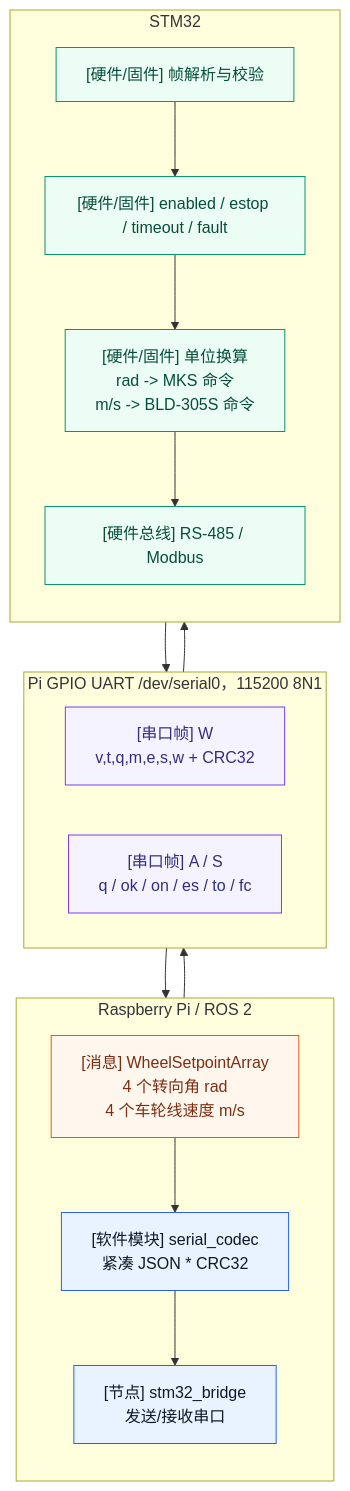
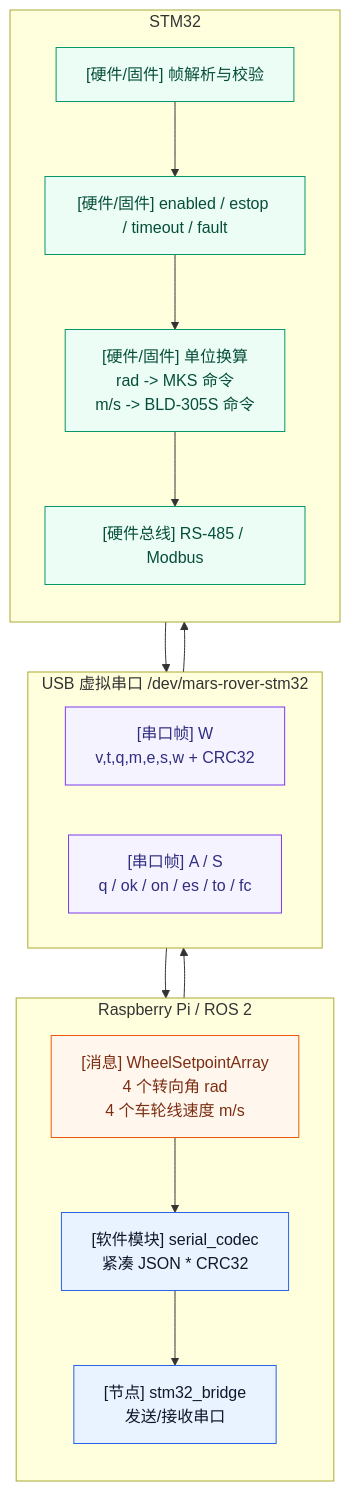
Before and after one commit to lixiang-moss/rover: the sixth of 7 diagrams in docs/ROS2架构与节点关系图.md, drawn with Mermaid. The commit also changed other lines of this file and 46 other files, not shown here.

````diff
--- a/docs/ROS2架构与节点关系图.md
+++ b/docs/ROS2架构与节点关系图.md
@@ -312,38 +327,38 @@
 ```mermaid
 flowchart TB
     subgraph Pi["Raspberry Pi / ROS 2"]
         direction TB
         Setpoints["[消息] WheelSetpointArray\n4 个转向角 rad\n4 个车轮线速度 m/s"]
         Codec["[软件模块] serial_codec\n紧凑 JSON * CRC32"]
         Bridge["[节点] stm32_bridge\n发送/接收串口"]
         Setpoints --> Codec --> Bridge
     end
 
-    subgraph Wire["Pi GPIO UART /dev/serial0，115200 8N1"]
+    subgraph Wire["USB 虚拟串口 /dev/mars-rover-stm32"]
         direction LR
         Tx["[串口帧] W\nv,t,q,m,e,s,w + CRC32"]
         Rx["[串口帧] A / S\nq / ok / on / es / to / fc"]
     end
 
     subgraph STM["STM32"]
         direction TB
         Parser["[硬件/固件] 帧解析与校验"]
         Safety["[硬件/固件] enabled / estop / timeout / fault"]
         Convert["[硬件/固件] 单位换算\nrad -> MKS 命令\nm/s -> BLD-305S 命令"]
         DriverBus["[硬件总线] RS-485 / Modbus"]
         Parser --> Safety --> Convert --> DriverBus
     end
 
     Bridge --> Tx --> Parser
     DriverBus --> Rx --> Bridge
 
     classDef rosNode fill:#E8F3FF,stroke:#2563EB,color:#0F172A;
     classDef message fill:#FFF7ED,stroke:#EA580C,color:#7C2D12;
     classDef frame fill:#F5F3FF,stroke:#7C3AED,color:#312E81;
     classDef hardware fill:#ECFDF5,stroke:#059669,color:#064E3B;
 
     class Bridge,Codec rosNode;
     class Setpoints message;
     class Tx,Rx frame;
     class Parser,Safety,Convert,DriverBus hardware;
 ```
````
